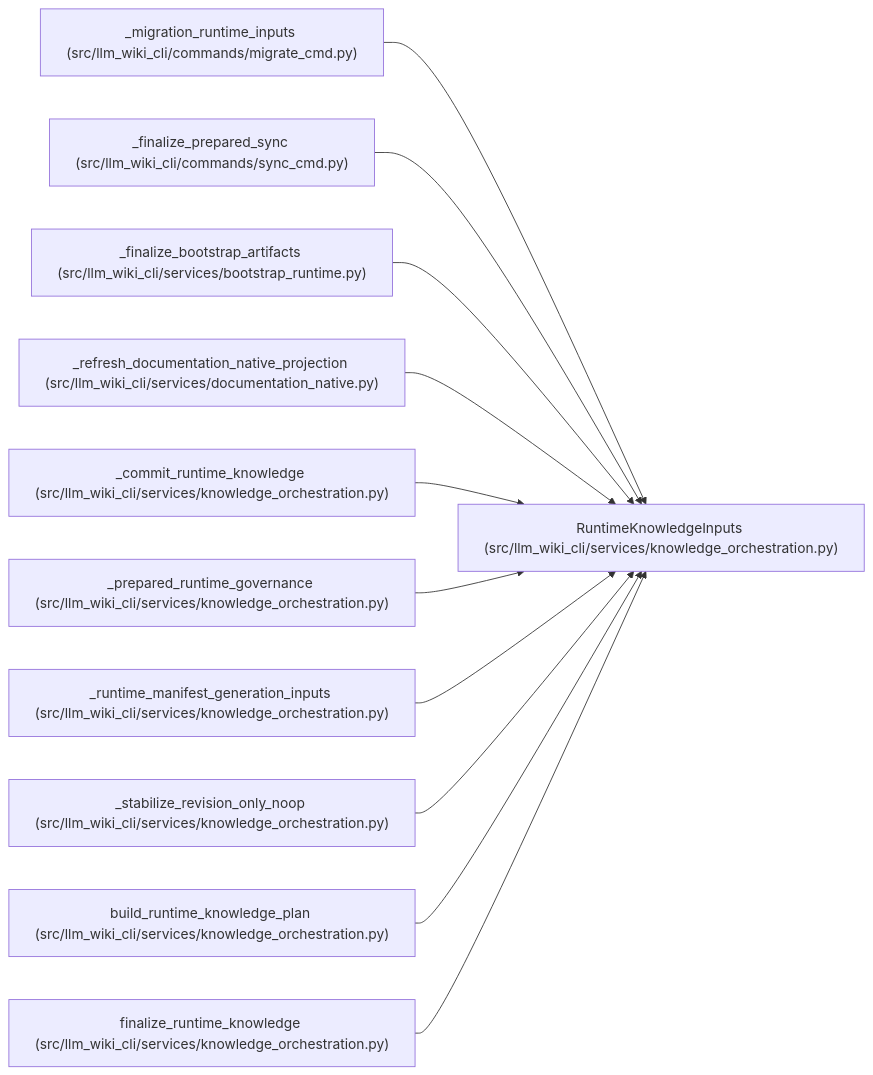
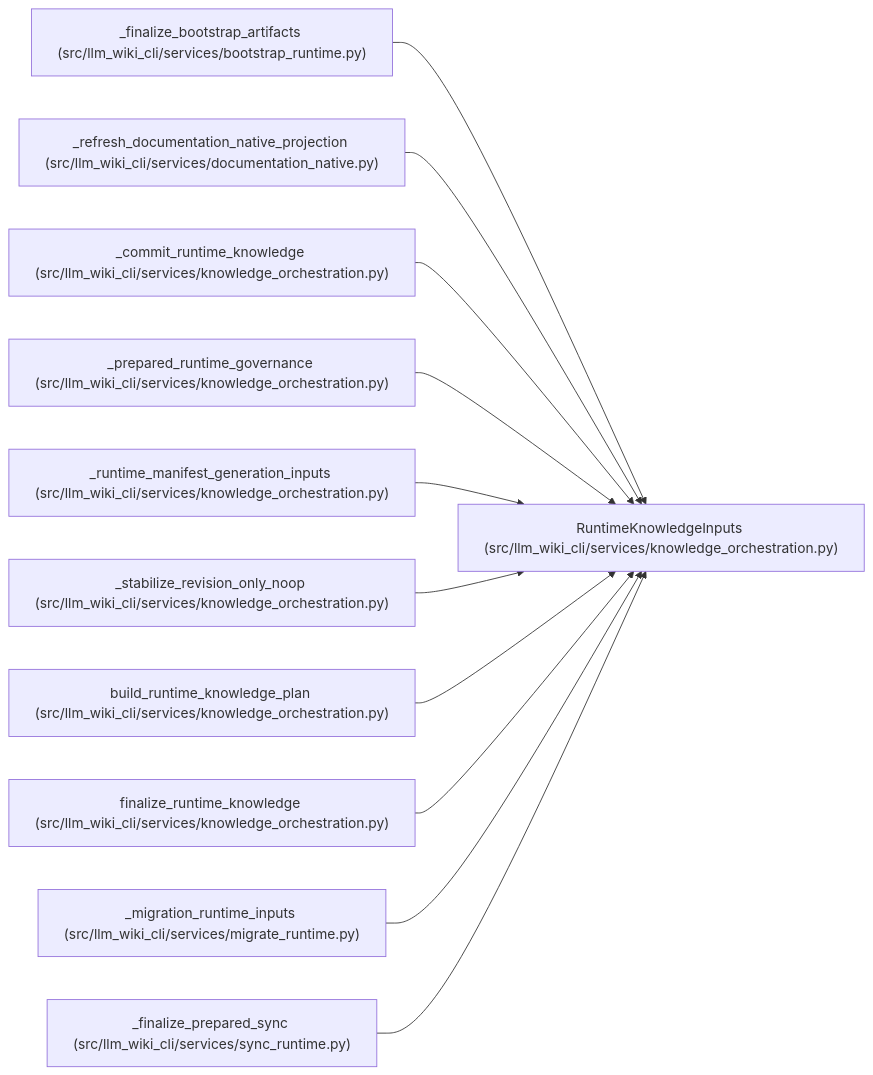
The diagram in docs/llm_wiki/entities/RuntimeKnowledgeInputs.md (Denissvgn/python-wiki-llm), drawn with Mermaid before and after one commit. The commit also changed other lines of this file and 1555 other files, not shown here.

First line of the commit message:
docs: refresh the wiki for the engine layer

````diff
--- a/docs/llm_wiki/entities/RuntimeKnowledgeInputs.md
+++ b/docs/llm_wiki/entities/RuntimeKnowledgeInputs.md
@@ -78,35 +78,35 @@
 ```mermaid
 flowchart LR
     n0["RuntimeKnowledgeInputs (src/llm_wiki_cli/services/knowledge_orchestration.py)"]
-    n1["_migration_runtime_inputs (src/llm_wiki_cli/commands/migrate_cmd.py)"]
-    n2["_finalize_prepared_sync (src/llm_wiki_cli/commands/sync_cmd.py)"]
-    n3["_finalize_bootstrap_artifacts (src/llm_wiki_cli/services/bootstrap_runtime.py)"]
-    n4["_refresh_documentation_native_projection (src/llm_wiki_cli/services/documentation_native.py)"]
-    n5["_commit_runtime_knowledge (src/llm_wiki_cli/services/knowledge_orchestration.py)"]
-    n6["_prepared_runtime_governance (src/llm_wiki_cli/services/knowledge_orchestration.py)"]
-    n7["_runtime_manifest_generation_inputs (src/llm_wiki_cli/services/knowledge_orchestration.py)"]
-    n8["_stabilize_revision_only_noop (src/llm_wiki_cli/services/knowledge_orchestration.py)"]
-    n9["build_runtime_knowledge_plan (src/llm_wiki_cli/services/knowledge_orchestration.py)"]
-    n10["finalize_runtime_knowledge (src/llm_wiki_cli/services/knowledge_orchestration.py)"]
+    n1["_finalize_bootstrap_artifacts (src/llm_wiki_cli/services/bootstrap_runtime.py)"]
+    n2["_refresh_documentation_native_projection (src/llm_wiki_cli/services/documentation_native.py)"]
+    n3["_commit_runtime_knowledge (src/llm_wiki_cli/services/knowledge_orchestration.py)"]
+    n4["_prepared_runtime_governance (src/llm_wiki_cli/services/knowledge_orchestration.py)"]
+    n5["_runtime_manifest_generation_inputs (src/llm_wiki_cli/services/knowledge_orchestration.py)"]
+    n6["_stabilize_revision_only_noop (src/llm_wiki_cli/services/knowledge_orchestration.py)"]
+    n7["build_runtime_knowledge_plan (src/llm_wiki_cli/services/knowledge_orchestration.py)"]
+    n8["finalize_runtime_knowledge (src/llm_wiki_cli/services/knowledge_orchestration.py)"]
+    n9["_migration_runtime_inputs (src/llm_wiki_cli/services/migrate_runtime.py)"]
+    n10["_finalize_prepared_sync (src/llm_wiki_cli/services/sync_runtime.py)"]
     n1 --> n0
     n2 --> n0
     n3 --> n0
     n4 --> n0
     n5 --> n0
     n6 --> n0
     n7 --> n0
     n8 --> n0
     n9 --> n0
     n10 --> n0
     click n0 "../modules/knowledge_orchestration.md"
-    click n1 "../modules/migrate_cmd.md"
-    click n2 "../modules/sync_cmd.md"
-    click n3 "../modules/bootstrap_runtime.md"
-    click n4 "../modules/documentation_native.md"
+    click n1 "../modules/bootstrap_runtime.md"
+    click n2 "../modules/documentation_native.md"
+    click n3 "../modules/knowledge_orchestration.md"
+    click n4 "../modules/knowledge_orchestration.md"
     click n5 "../modules/knowledge_orchestration.md"
     click n6 "../modules/knowledge_orchestration.md"
     click n7 "../modules/knowledge_orchestration.md"
     click n8 "../modules/knowledge_orchestration.md"
-    click n9 "../modules/knowledge_orchestration.md"
-    click n10 "../modules/knowledge_orchestration.md"
+    click n9 "../modules/migrate_runtime.md"
+    click n10 "../modules/sync_runtime.md"
 ```
````
